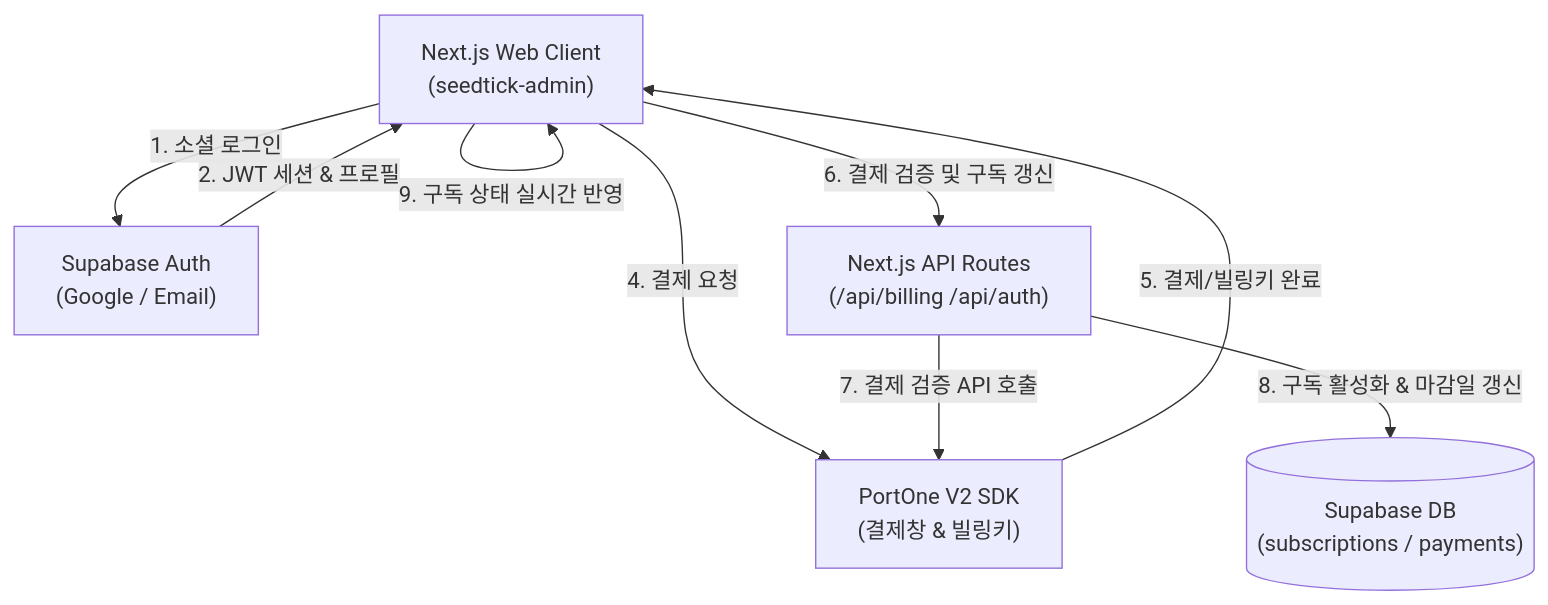
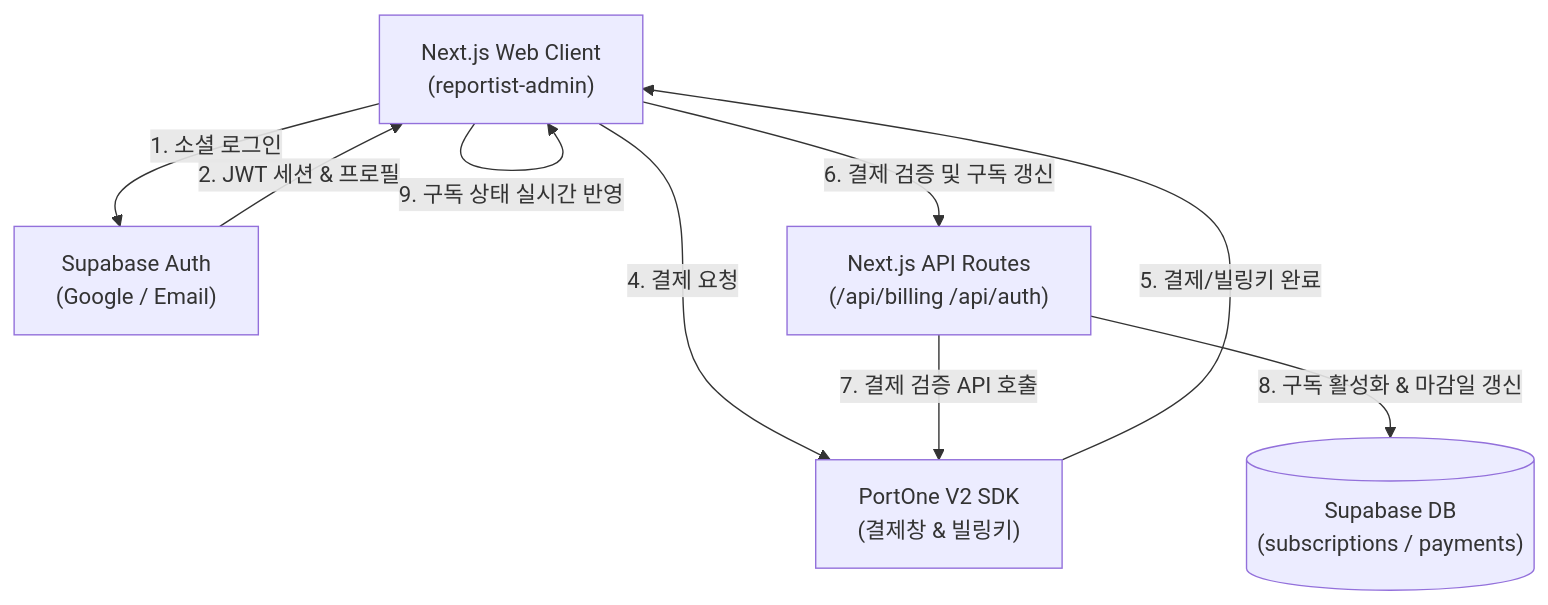
One commit to inpiniti/seedtick changed the first of 3 diagrams in docs/domain/subscription/architecture.md. Above: the diagram before and after it, drawn with Mermaid. The commit also changed 303 other files, not shown here.

````diff
--- a/docs/domain/subscription/architecture.md
+++ b/docs/domain/subscription/architecture.md
@@ -5,18 +5,18 @@
 ```mermaid
 graph TD
-    Client["Next.js Web Client<br/>(seedtick-admin)"]
+    Client["Next.js Web Client<br/>(reportist-admin)"]
     SupabaseAuth["Supabase Auth<br/>(Google / Email)"]
     PortOne["PortOne V2 SDK<br/>(결제창 & 빌링키)"]
     SupabaseDB[("Supabase DB<br/>(subscriptions / payments)")]
     NextApi["Next.js API Routes<br/>(/api/billing /api/auth)"]
 
     Client -->|1. 소셜 로그인| SupabaseAuth
     SupabaseAuth -->|2. JWT 세션 & 프로필| Client
     Client -->|3. 최근 30일 리포트 가드| Client
     Client -->|4. 결제 요청| PortOne
     PortOne -->|5. 결제/빌링키 완료| Client
     Client -->|6. 결제 검증 및 구독 갱신| NextApi
     NextApi -->|7. 결제 검증 API 호출| PortOne
     NextApi -->|8. 구독 활성화 & 마감일 갱신| SupabaseDB
     Client -->|9. 구독 상태 실시간 반영| Client
 ```
````
